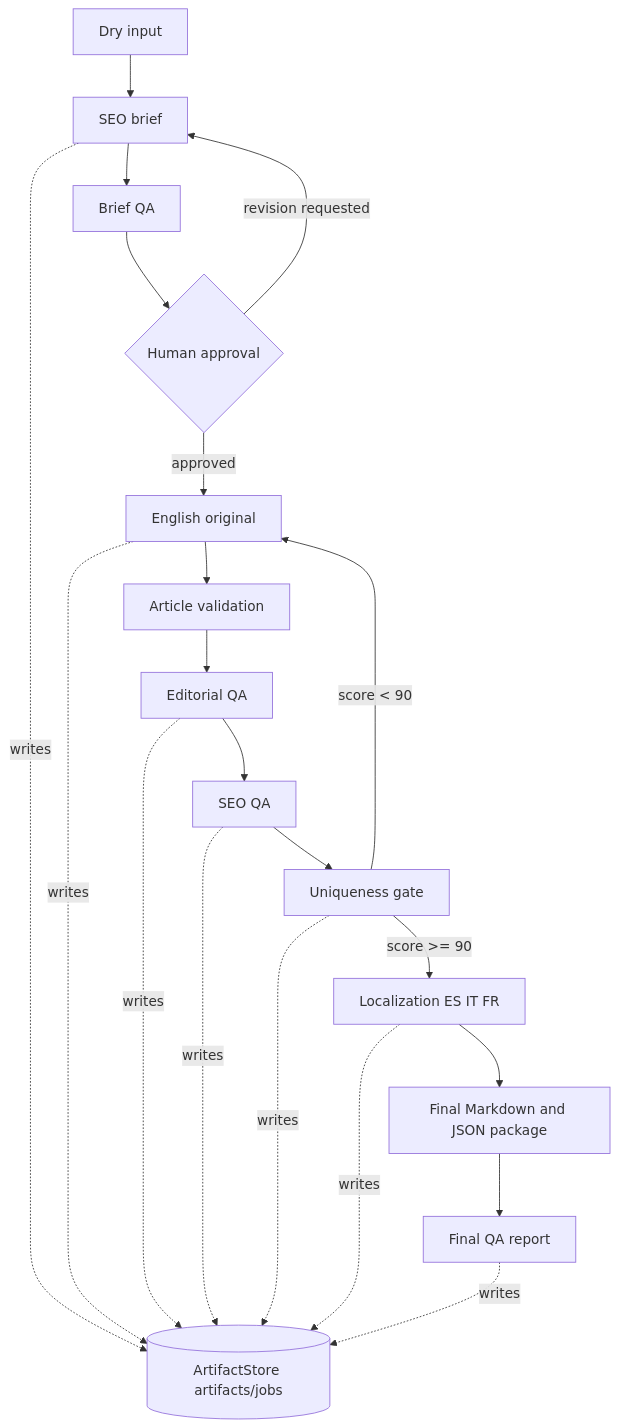
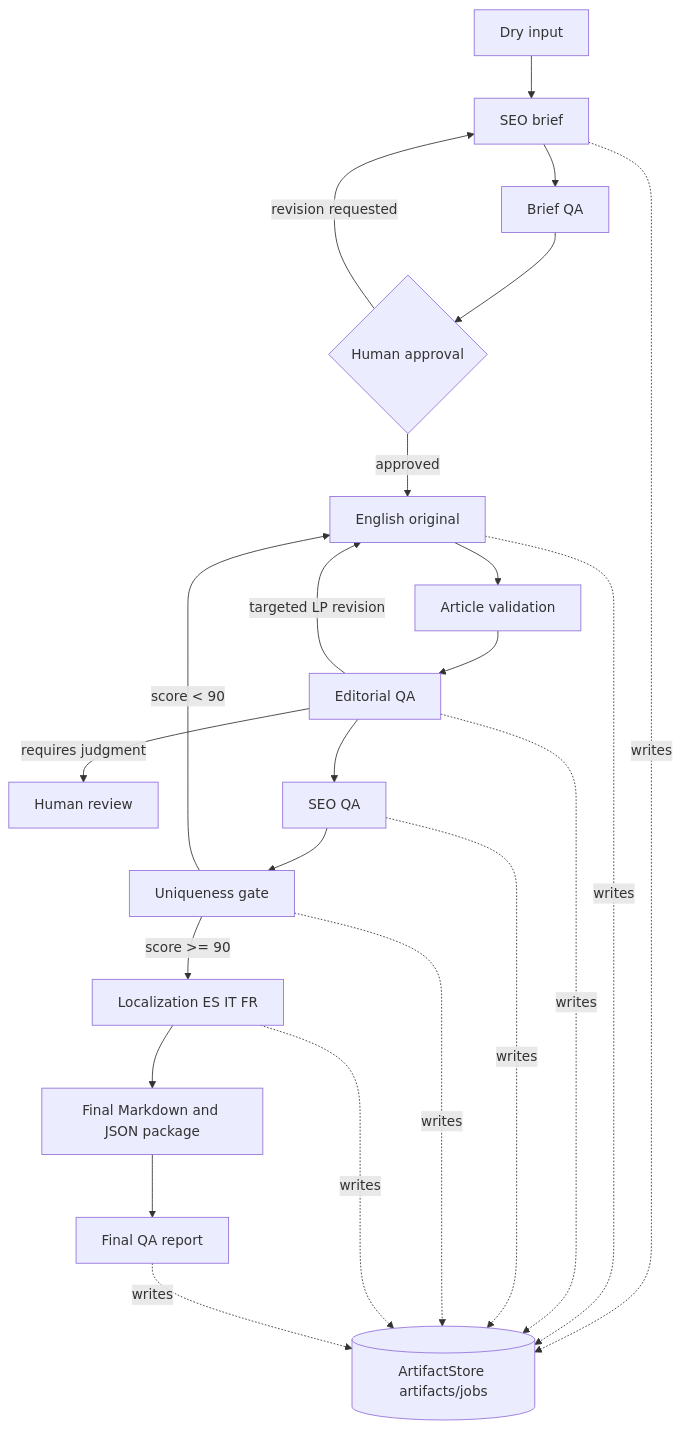
One commit to rosoj58-lab/content-multiagent-portfolio changed the diagram in Content_MultiAgent/docs/architecture-summary.md. Above: the diagram before and after it, drawn with Mermaid. The commit also changed other lines of this file and 27 other files, not shown here.

````diff
--- a/Content_MultiAgent/docs/architecture-summary.md
+++ b/Content_MultiAgent/docs/architecture-summary.md
@@ -18,24 +18,26 @@
 ```mermaid
 flowchart TD
     A[Dry input] --> B[SEO brief]
     B --> C[Brief QA]
     C --> D{Human approval}
     D -->|approved| E[English original]
     D -->|revision requested| B
     E --> F[Article validation]
     F --> G[Editorial QA]
+    G -->|targeted LP revision| E
+    G -->|requires judgment| N[Human review]
     G --> H[SEO QA]
     H --> I[Uniqueness gate]
     I -->|score >= 90| J[Localization ES IT FR]
     I -->|score < 90| E
     J --> K[Final Markdown and JSON package]
     K --> L[Final QA report]
 
     B -.writes.-> M[(ArtifactStore artifacts/jobs)]
     E -.writes.-> M
     G -.writes.-> M
     H -.writes.-> M
     I -.writes.-> M
     J -.writes.-> M
     L -.writes.-> M
 ```
````
